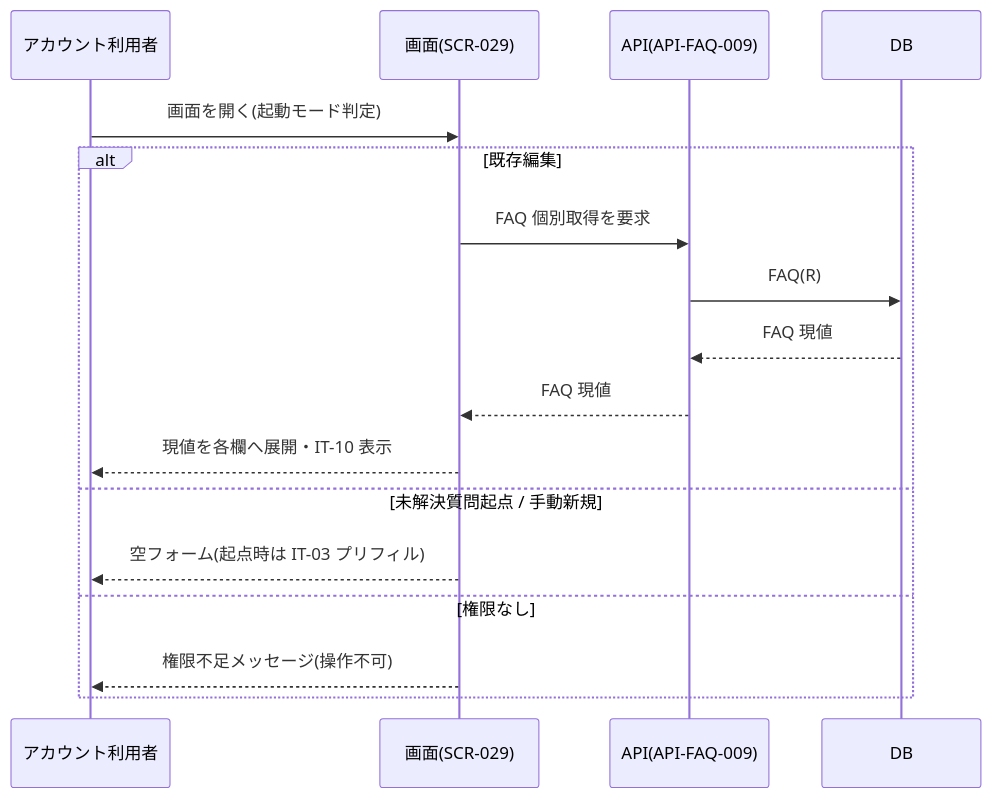
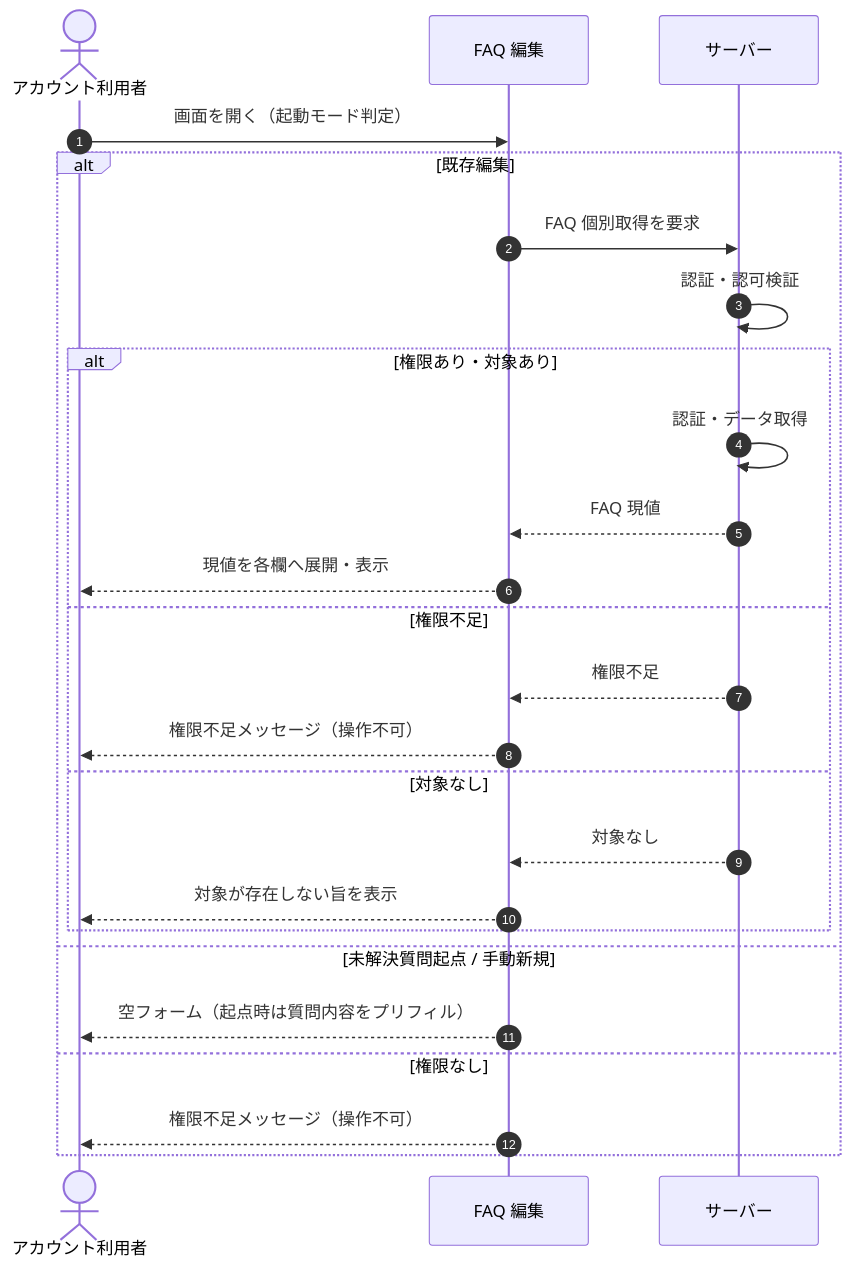
Before and after one commit to sikakou54/open-faq: the diagram in 02_basic_design/05_sequences/SEQ-032.md, drawn with Mermaid. The commit also changed other lines of this file and 108 other files, not shown here.

First line of the commit message:
基本設計: シーケンス図を基本設計粒度(ユーザー/画面/サーバー)へ再編成

````diff
--- a/02_basic_design/05_sequences/SEQ-032.md
+++ b/02_basic_design/05_sequences/SEQ-032.md
@@ -25,19 +32,27 @@
 ```mermaid
 sequenceDiagram
-  participant U as アカウント利用者
-  participant V as 画面(SCR-029)
-  participant A as API(API-FAQ-009)
-  participant D as DB
-  U->>V: 画面を開く(起動モード判定)
+  autonumber
+  actor U as アカウント利用者
+  participant Screen as FAQ 編集
+  participant Server as サーバー
+  U->>Screen: 画面を開く（起動モード判定）
   alt 既存編集
-    V->>A: FAQ 個別取得を要求
-    A->>D: FAQ(R)
-    D-->>A: FAQ 現値
-    A-->>V: FAQ 現値
-    V-->>U: 現値を各欄へ展開・IT-10 表示
+    Screen->>Server: FAQ 個別取得を要求
+    Server->>Server: 認証・認可検証
+    alt 権限あり・対象あり
+      Server->>Server: 認証・データ取得
+      Server-->>Screen: FAQ 現値
+      Screen-->>U: 現値を各欄へ展開・表示
+    else 権限不足
+      Server-->>Screen: 権限不足
+      Screen-->>U: 権限不足メッセージ（操作不可）
+    else 対象なし
+      Server-->>Screen: 対象なし
+      Screen-->>U: 対象が存在しない旨を表示
+    end
   else 未解決質問起点 / 手動新規
-    V-->>U: 空フォーム(起点時は IT-03 プリフィル)
+    Screen-->>U: 空フォーム（起点時は質問内容をプリフィル）
   else 権限なし
-    V-->>U: 権限不足メッセージ(操作不可)
+    Screen-->>U: 権限不足メッセージ（操作不可）
   end
 ```
````
